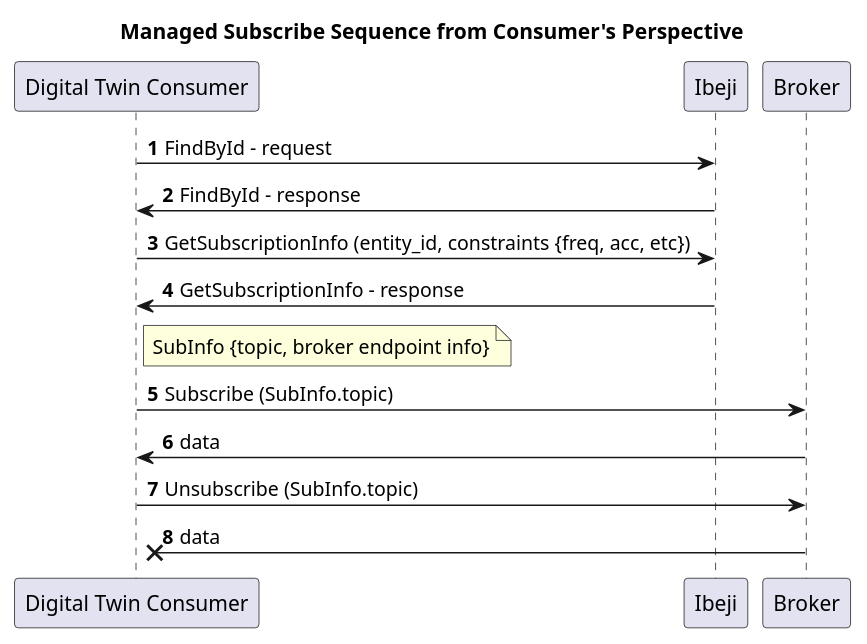
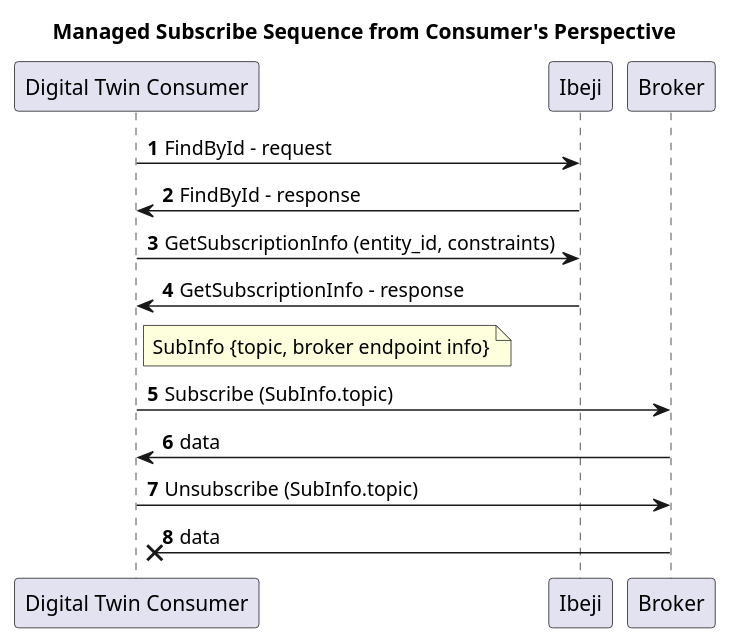
One commit to eclipse-ibeji/ibeji changed the diagram in docs/design/diagrams/managed_subscribe_consumer_sequence.puml. Above: the diagram before and after it, drawn with PlantUML. The commit also changed 7 other files, not shown here.

Commit message:
Update diagrams

```diff
--- a/docs/design/diagrams/managed_subscribe_consumer_sequence.puml
+++ b/docs/design/diagrams/managed_subscribe_consumer_sequence.puml
@@ -1,18 +1,18 @@
 @startuml Managed Subscribe Consumer
 title Managed Subscribe Sequence from Consumer's Perspective
 participant "Digital Twin Consumer" as DTConsumer
 participant Ibeji
 participant Broker
 
 autonumber
 
 DTConsumer -> Ibeji: FindById - request
 DTConsumer <- Ibeji: FindById - response
-DTConsumer -> Ibeji: GetSubscriptionInfo (entity_id, constraints {freq, acc, etc})
+DTConsumer -> Ibeji: GetSubscriptionInfo (entity_id, constraints)
 Ibeji -> DTConsumer: GetSubscriptionInfo - response
 note right of DTConsumer: SubInfo {topic, broker endpoint info}
 DTConsumer -> Broker: Subscribe (SubInfo.topic)
 DTConsumer <- Broker : data
 DTConsumer -> Broker: Unsubscribe (SubInfo.topic)
 DTConsumer x<- Broker: data
 @enduml
```
